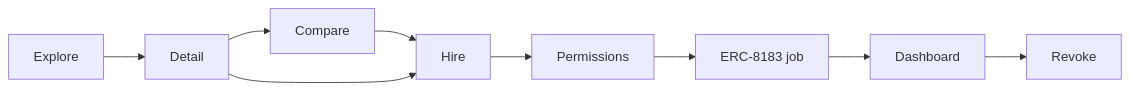
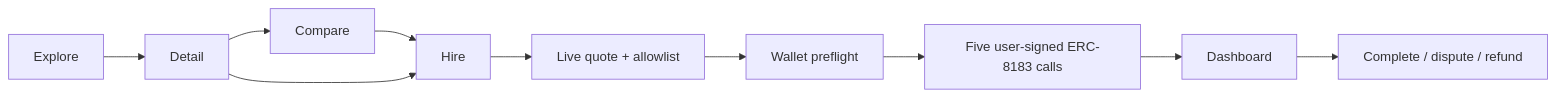
Before and after one commit to mycyi1994-hash/GrabitBNBHackton: the first of 2 diagrams in docs/ARCHITECTURE.md, drawn with Mermaid. The commit also changed other lines of this file and 12 other files, not shown here.

Commit message:
feat: add guarded erc8183 hire console

```diff
--- a/docs/ARCHITECTURE.md
+++ b/docs/ARCHITECTURE.md
@@ -5,11 +5,12 @@
 ~~~mermaid
 flowchart LR
   Explore --> Detail
   Detail --> Compare
   Compare --> Hire
   Detail --> Hire
-  Hire --> Permissions
-  Permissions --> ERC8183[ERC-8183 job]
+  Hire --> Quote[Live quote + allowlist]
+  Quote --> Preflight[Wallet preflight]
+  Preflight --> ERC8183[Five user-signed ERC-8183 calls]
   ERC8183 --> Dashboard
-  Dashboard --> Revoke
+  Dashboard --> Outcome[Complete / dispute / refund]
 ~~~
```
